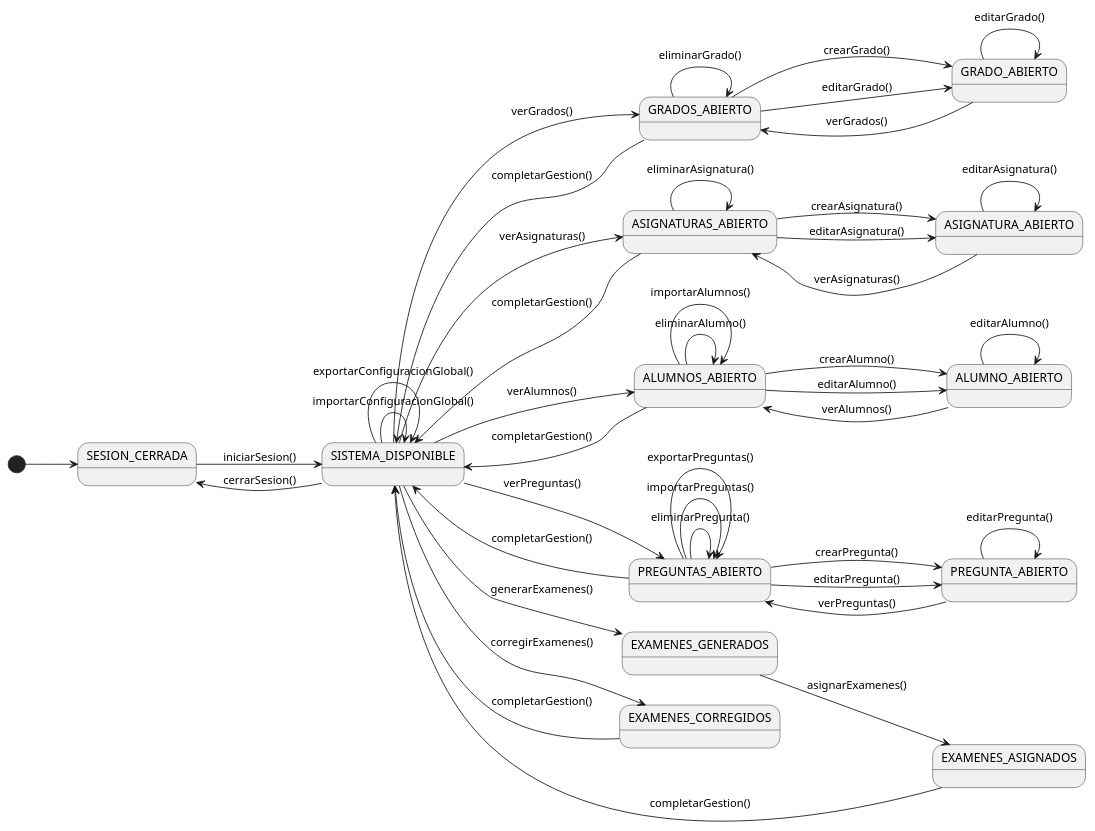
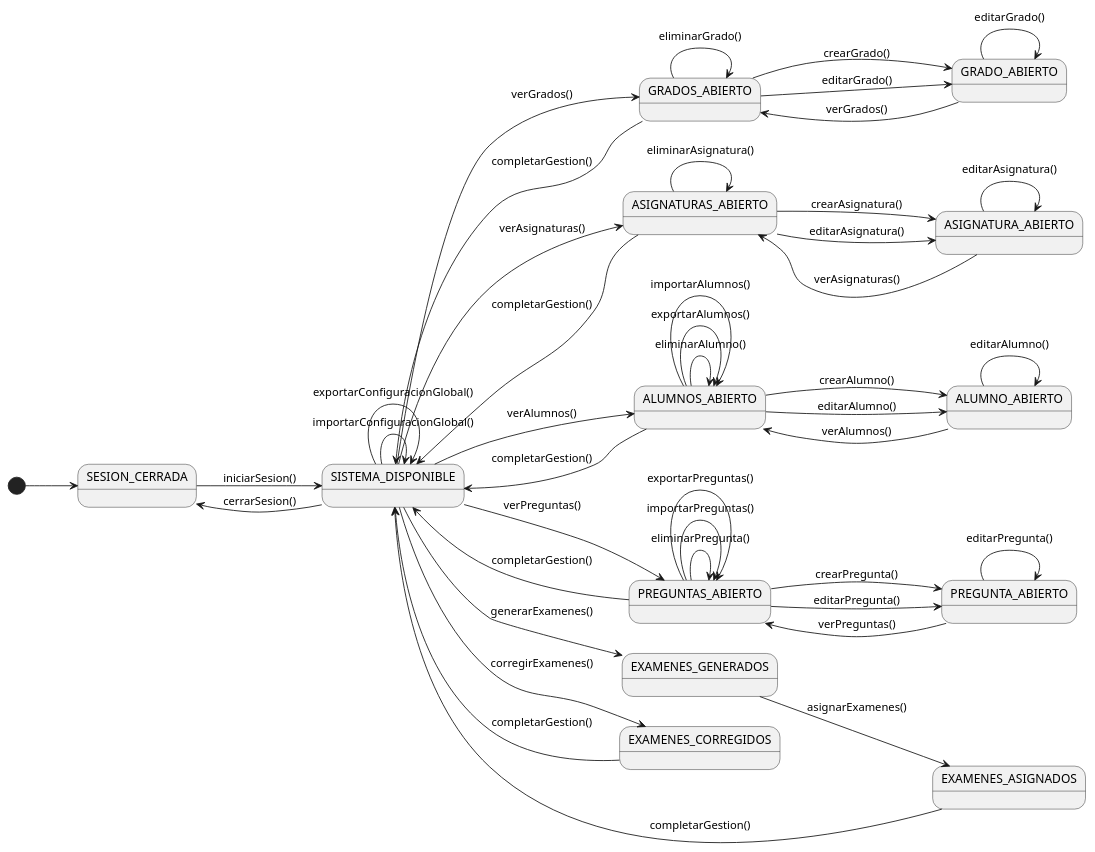
Before and after one commit to martinlopez7/25-26-IdSw1-SdR: the diagram in documents/casos-de-uso/diagramasDeContexto/diagramaDeContextoDocente/diagramaContexto.puml, drawn with PlantUML. The commit also changed 5 other files, not shown here.

Commit message:
fix(cu) : añade caso de uso exportarAlumno a los diagramas de docente,completo y contexto [refs #50]

```diff
--- a/documents/casos-de-uso/diagramasDeContexto/diagramaDeContextoDocente/diagramaContexto.puml
+++ b/documents/casos-de-uso/diagramasDeContexto/diagramaDeContextoDocente/diagramaContexto.puml
@@ -1,95 +1,96 @@
 @startuml diagrama-contexto-docente
 
 left to right direction
 
 'Estados'
 
 state "SESION_CERRADA" as NoAuth
 state "SISTEMA_DISPONIBLE" as Menu
 
 state "GRADOS_ABIERTO" as ListGrados
 state "GRADO_ABIERTO" as EditGrado
 
 state "ASIGNATURAS_ABIERTO" as ListAsignaturas
 state "ASIGNATURA_ABIERTO" as EditAsignatura
 
 state "ALUMNOS_ABIERTO" as ListAlumnos
 state "ALUMNO_ABIERTO" as EditAlumno
 
 state "PREGUNTAS_ABIERTO" as ListPreguntas
 state "PREGUNTA_ABIERTO" as EditPregunta
 
 state "EXAMENES_GENERADOS" as ExamenesGenerados
 state "EXAMENES_ASIGNADOS" as ExamenesAsignados
 
 state "EXAMENES_CORREGIDOS" as ExamenesCorregidos
 
 'Transiciones'
 
 [*] --> NoAuth
 
 'Modulo sesion'
 
 NoAuth --> Menu : iniciarSesion()
 Menu --> NoAuth : cerrarSesion()
 
 'Modulo grados'
 
 Menu --> ListGrados: verGrados()
 ListGrados --> ListGrados: eliminarGrado()
 ListGrados --> EditGrado: crearGrado()
 ListGrados --> EditGrado: editarGrado()
 EditGrado --> EditGrado: editarGrado()
 EditGrado --> ListGrados: verGrados()
 ListGrados --> Menu: completarGestion()
 
 'Modulo asignaturas'
 
 Menu --> ListAsignaturas: verAsignaturas()
 ListAsignaturas --> EditAsignatura: crearAsignatura()
 ListAsignaturas --> ListAsignaturas: eliminarAsignatura()
 EditAsignatura --> EditAsignatura: editarAsignatura()
 EditAsignatura --> ListAsignaturas: verAsignaturas()
 ListAsignaturas --> EditAsignatura: editarAsignatura()
 ListAsignaturas --> Menu: completarGestion()
 
 'Modulo alumnos'
 
 Menu --> ListAlumnos: verAlumnos()
 ListAlumnos --> EditAlumno: crearAlumno()
 ListAlumnos --> EditAlumno: editarAlumno()
 ListAlumnos --> ListAlumnos: eliminarAlumno()
+ListAlumnos --> ListAlumnos: exportarAlumnos()
 ListAlumnos --> ListAlumnos: importarAlumnos()
 EditAlumno --> EditAlumno: editarAlumno()
 EditAlumno --> ListAlumnos: verAlumnos()
 ListAlumnos --> Menu: completarGestion()
 
 'Modulo preguntas'
 
 Menu --> ListPreguntas: verPreguntas()
 ListPreguntas --> EditPregunta: crearPregunta()
 ListPreguntas --> EditPregunta: editarPregunta()
 ListPreguntas --> ListPreguntas: eliminarPregunta()
 ListPreguntas --> ListPreguntas: importarPreguntas()
 ListPreguntas --> ListPreguntas: exportarPreguntas()
 EditPregunta --> EditPregunta: editarPregunta()
 EditPregunta --> ListPreguntas: verPreguntas()
 ListPreguntas --> Menu: completarGestion()
 
 'Modulo configuracion general'
 
 Menu --> Menu: importarConfiguracionGlobal()
 Menu --> Menu: exportarConfiguracionGlobal()
 
 'Modulo examenes'
 
 Menu --> ExamenesGenerados: generarExamenes()
 ExamenesGenerados --> ExamenesAsignados: asignarExamenes()
 ExamenesAsignados --> Menu: completarGestion()
 
 'Módulo correccion'
 
 Menu --> ExamenesCorregidos: corregirExamenes()
 ExamenesCorregidos --> Menu: completarGestion()
 
 @enduml
```
